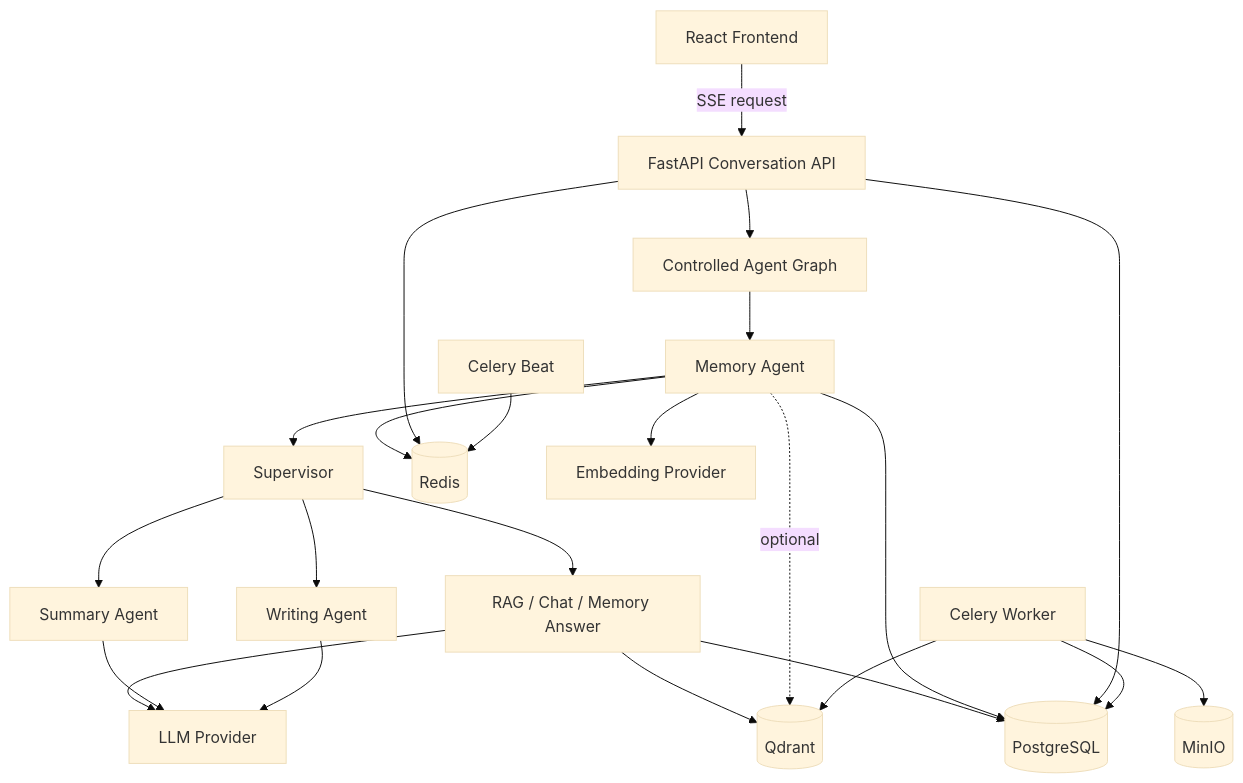
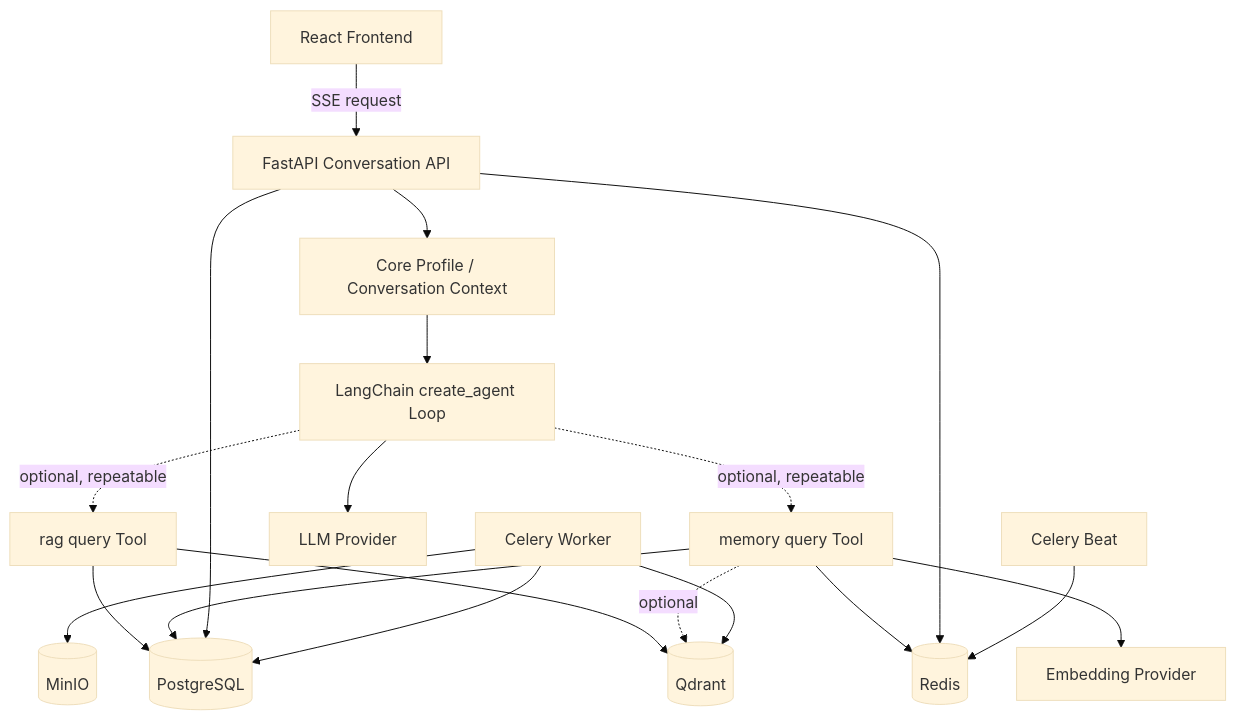
Before and after one commit to ShuoLiu0603/knowledge-work-assistant: the first of 4 diagrams in docs/agent_memory_deep_dive.md, drawn with Mermaid (base theme). The commit also changed other lines of this file and 70 other files, not shown here.

````diff
--- a/docs/agent_memory_deep_dive.md
+++ b/docs/agent_memory_deep_dive.md
@@ -32,43 +32,37 @@
 ```mermaid
 flowchart TB
     FE[React Frontend]
     API[FastAPI Conversation API]
-    GRAPH[Controlled Agent Graph]
-    SUP[Supervisor]
-    RAG[RAG / Chat / Memory Answer]
-    SUM[Summary Agent]
-    WRITE[Writing Agent]
-    MEM[Memory Agent]
+    AGENT[LangChain create_agent Loop]
+    MEMORY[memory query Tool]
+    RAG[rag query Tool]
+    CORE[Core Profile / Conversation Context]
 
     PG[(PostgreSQL)]
     REDIS[(Redis)]
     QD[(Qdrant)]
     MINIO[(MinIO)]
     LLM[LLM Provider]
     EMB[Embedding Provider]
     WORKER[Celery Worker]
     BEAT[Celery Beat]
 
     FE -->|SSE request| API
-    API --> GRAPH
-    GRAPH --> MEM
-    MEM --> SUP
-    SUP --> RAG
-    SUP --> SUM
-    SUP --> WRITE
-    RAG --> LLM
-    SUM --> LLM
-    WRITE --> LLM
+    API --> CORE
+    CORE --> AGENT
+    AGENT --> LLM
+    AGENT -. optional, repeatable .-> MEMORY
+    AGENT -. optional, repeatable .-> RAG
     RAG --> QD
     RAG --> PG
-    MEM --> PG
-    MEM --> REDIS
-    MEM --> EMB
-    MEM -. optional .-> QD
+    MEMORY --> PG
+    MEMORY --> REDIS
+    MEMORY --> EMB
+    MEMORY -. optional .-> QD
     API --> PG
     API --> REDIS
     WORKER --> PG
     WORKER --> QD
     WORKER --> MINIO
     BEAT --> REDIS
 ```
````
